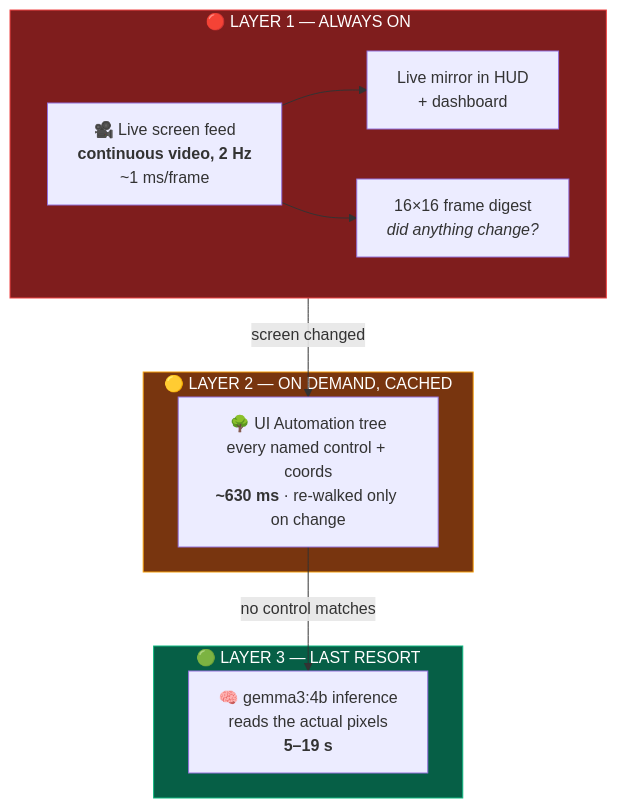
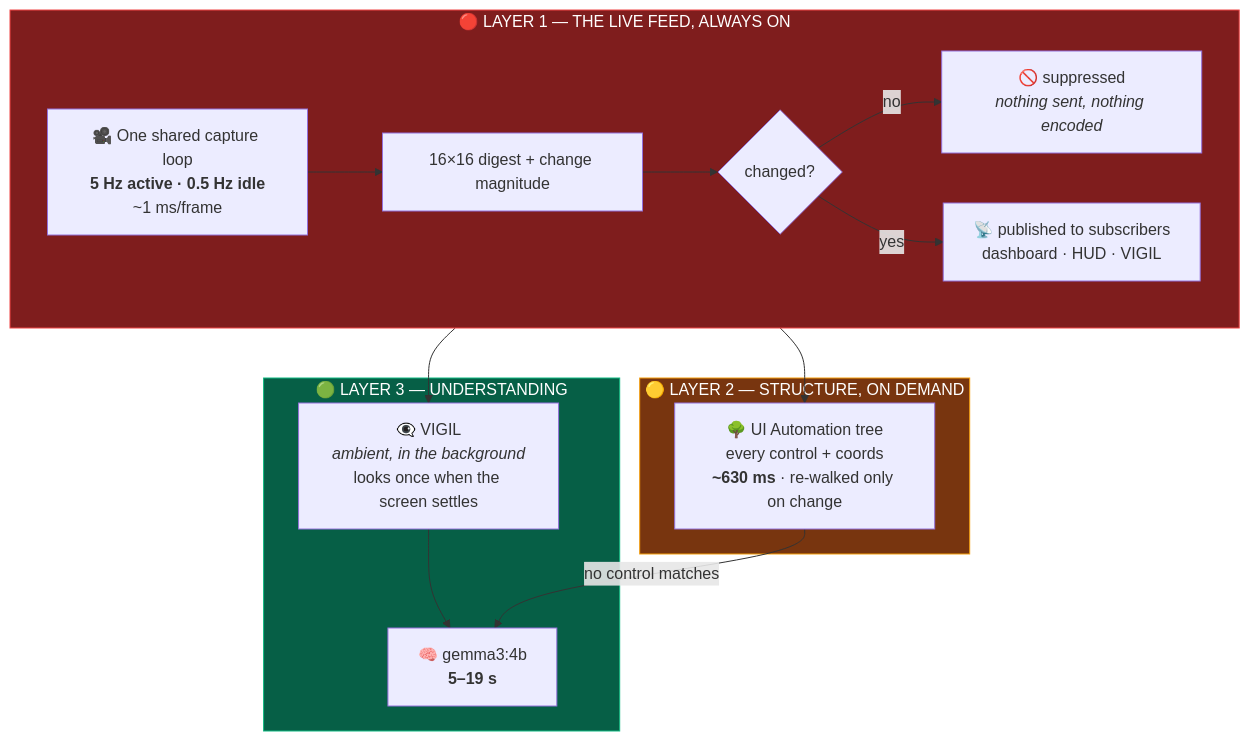
Before and after one commit to SwaRaaaj/Jarvis2.0: the fifth of 7 diagrams in README.md, drawn with Mermaid. The commit also changed other lines of this file and 9 other files, not shown here.

First line of the commit message:
Make the live feed shared, change-gated and understood

````diff
--- a/README.md
+++ b/README.md
@@ -401,23 +403,29 @@
 ```mermaid
 flowchart TB
-    subgraph A["🔴  LAYER 1 — ALWAYS ON"]
+    subgraph A["🔴  LAYER 1 — THE LIVE FEED, ALWAYS ON"]
         direction LR
-        CAP["🎥 Live screen feed<br/><b>continuous video, 2 Hz</b><br/>~1 ms/frame"] --> MIRROR["Live mirror in HUD<br/>+ dashboard"]
-        CAP --> DIGEST["16×16 frame digest<br/><i>did anything change?</i>"]
+        CAP["🎥 One shared capture loop<br/><b>5 Hz active · 0.5 Hz idle</b><br/>~1 ms/frame"]
+        CAP --> DIG["16×16 digest + change magnitude"]
+        DIG --> GATE{"changed?"}
+        GATE -->|no| DROP["🚫 suppressed<br/><i>nothing sent, nothing encoded</i>"]
+        GATE -->|yes| PUB["📡 published to subscribers<br/>dashboard · HUD · VIGIL"]
     end
 
-    subgraph B["🟡  LAYER 2 — ON DEMAND, CACHED"]
-        TREE["🌳 UI Automation tree<br/>every named control + coords<br/><b>~630 ms</b> · re-walked only on change"]
+    subgraph B["🟡  LAYER 2 — STRUCTURE, ON DEMAND"]
+        TREE["🌳 UI Automation tree<br/>every control + coords<br/><b>~630 ms</b> · re-walked only on change"]
     end
 
-    subgraph C["🟢  LAYER 3 — LAST RESORT"]
-        VIS["🧠 gemma3:4b inference<br/>reads the actual pixels<br/><b>5–19 s</b>"]
+    subgraph C["🟢  LAYER 3 — UNDERSTANDING"]
+        VIG["👁️‍🗨️ VIGIL<br/><i>ambient, in the background</i><br/>looks once when the screen settles"]
+        VIS["🧠 gemma3:4b<br/><b>5–19 s</b>"]
+        VIG --> VIS
     end
 
-    DIGEST -->|"screen changed"| TREE
+    PUB --> TREE
+    PUB --> VIG
     TREE -->|"no control matches"| VIS
 
     style A fill:#7f1d1d,stroke:#ef4444,color:#fff
     style B fill:#78350f,stroke:#f59e0b,color:#fff
     style C fill:#065f46,stroke:#10b981,color:#fff
 ```
````
